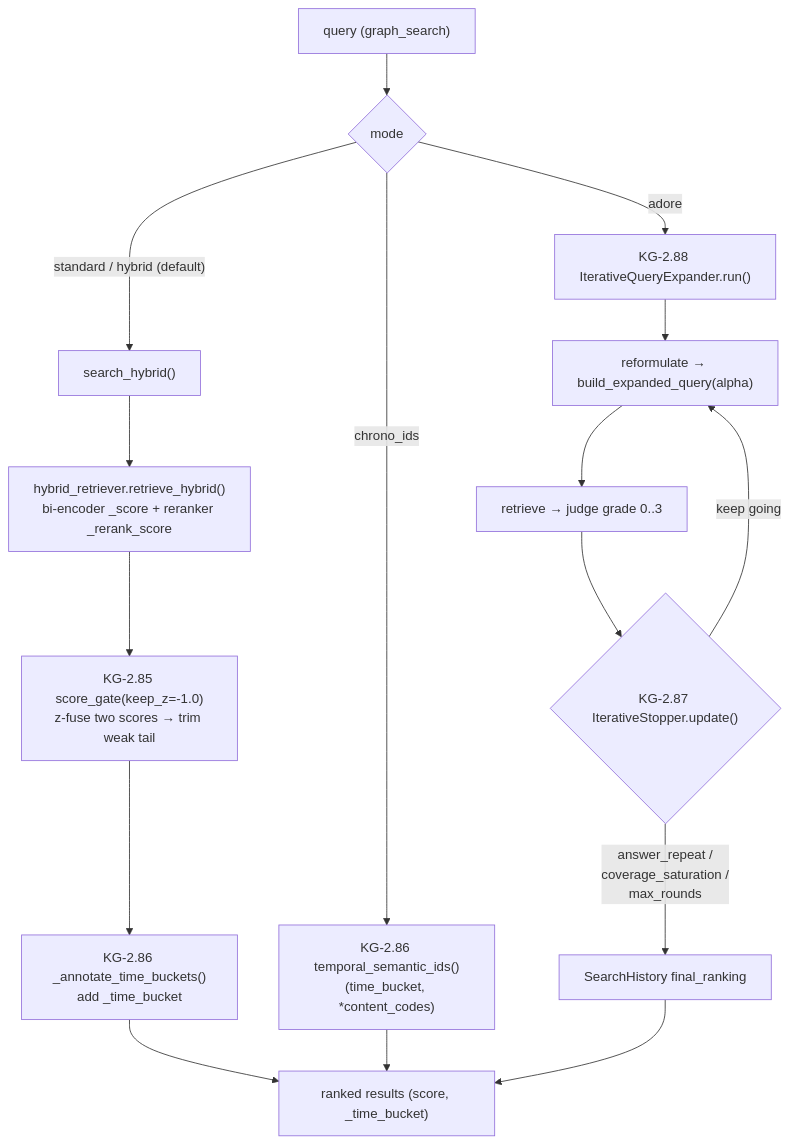
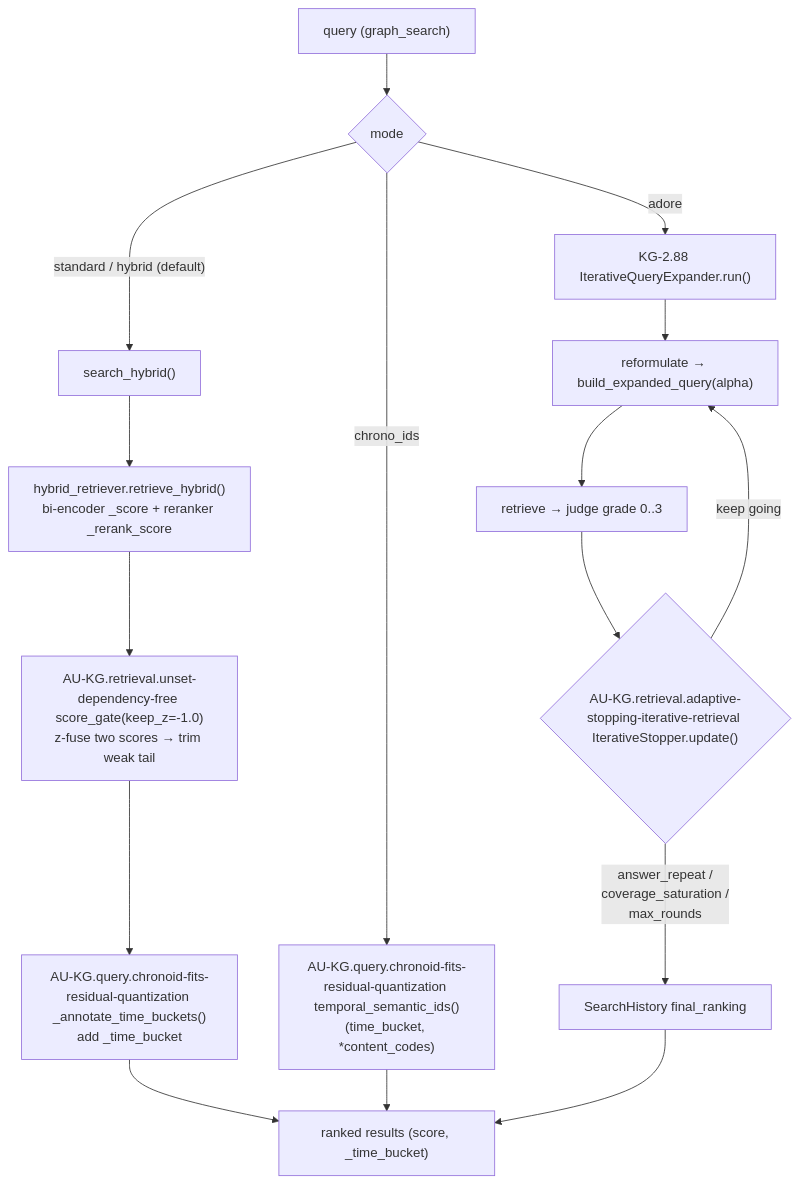
The second of 8 diagrams in docs/architecture/multi_source_assimilation.md (Knuckles-Team/agent-utilities), drawn with Mermaid before and after one commit. The commit also changed other lines of this file and 2324 other files, not shown here.

````diff
--- a/docs/architecture/multi_source_assimilation.md
+++ b/docs/architecture/multi_source_assimilation.md
@@ -143,21 +143,21 @@
 ```mermaid
 flowchart TD
     Q["query (graph_search)"] --> MODE{mode}
 
     MODE -->|"standard / hybrid (default)"| SH["search_hybrid()"]
     SH --> RETR["hybrid_retriever.retrieve_hybrid()<br/>bi-encoder _score + reranker _rerank_score"]
-    RETR --> SGATE["KG-2.85 score_gate(keep_z=-1.0)<br/>z-fuse two scores → trim weak tail"]
-    SGATE --> TB["KG-2.86 _annotate_time_buckets()<br/>add _time_bucket"]
+    RETR --> SGATE["AU-KG.retrieval.unset-dependency-free score_gate(keep_z=-1.0)<br/>z-fuse two scores → trim weak tail"]
+    SGATE --> TB["AU-KG.query.chronoid-fits-residual-quantization _annotate_time_buckets()<br/>add _time_bucket"]
     TB --> OUT["ranked results (score, _time_bucket)"]
 
-    MODE -->|"chrono_ids"| CHR["KG-2.86 temporal_semantic_ids()<br/>(time_bucket, *content_codes)"]
+    MODE -->|"chrono_ids"| CHR["AU-KG.query.chronoid-fits-residual-quantization temporal_semantic_ids()<br/>(time_bucket, *content_codes)"]
     CHR --> OUT
 
     MODE -->|"adore"| ADO["KG-2.88 IterativeQueryExpander.run()"]
     ADO --> REF["reformulate → build_expanded_query(alpha)"]
     REF --> JR["retrieve → judge grade 0..3"]
-    JR --> STOP{"KG-2.87 IterativeStopper.update()"}
+    JR --> STOP{"AU-KG.retrieval.adaptive-stopping-iterative-retrieval IterativeStopper.update()"}
     STOP -->|"answer_repeat /<br/>coverage_saturation /<br/>max_rounds"| FIN["SearchHistory final_ranking"]
     STOP -->|"keep going"| REF
     FIN --> OUT
 ```
````
